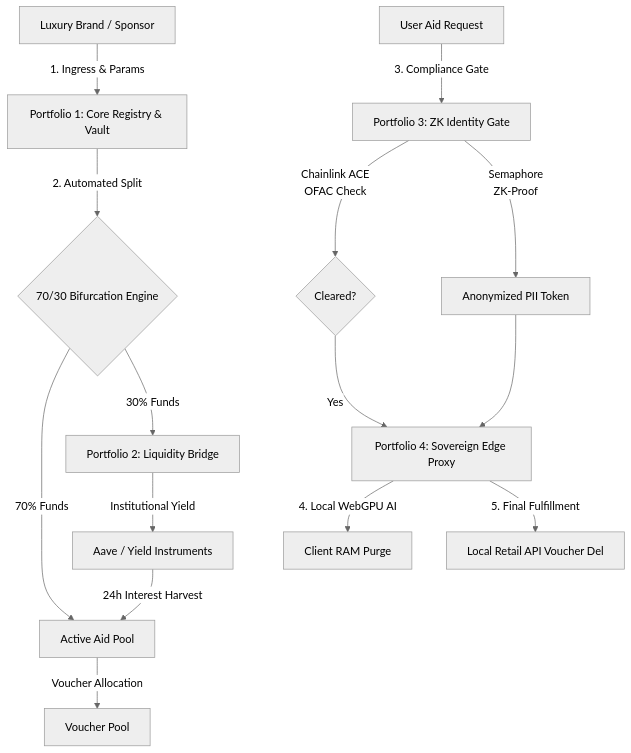
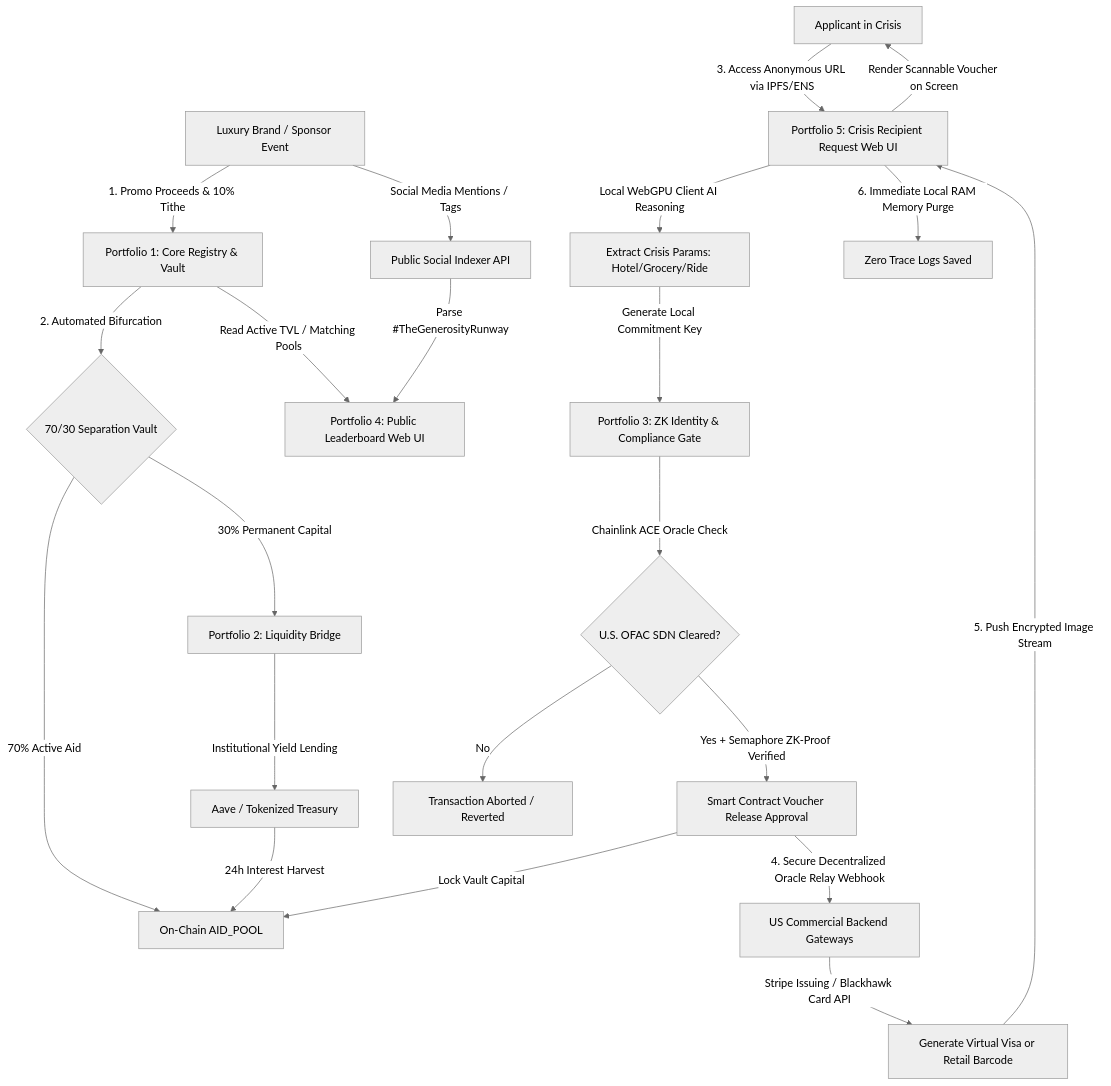
Before and after one commit to giddycodit/couture-gives-back-protocol: the diagram in README.md, drawn with Mermaid (neutral theme). The commit also changed other lines of this file, not shown here.

Commit message:
Change 'App' to 'dApp' in README
Updated terminology from 'App' to 'dApp' for clarity.

````diff
--- a/README.md
+++ b/README.md
@@ -35,20 +35,35 @@
 ```mermaid
 graph TD
- A[Luxury Brand / Sponsor] -->|1. Ingress & Params| B[Portfolio 1: Core Registry & Vault]
- B -->|2. Automated Split| C{70/30 Bifurcation Engine}
- C -->|70% Funds| D[Active Aid Pool]
- C -->|30% Funds| E[Portfolio 2: Liquidity Bridge]
- E -->|Institutional Yield| F[Aave / Yield Instruments]
- F -->|24h Interest Harvest| D
- D -->|Voucher Allocation| G[Voucher Pool]
+    %% SPONSOR INGRESS FLOW
+    A[Luxury Brand / Sponsor Event] -->|1. Promo Proceeds & 10% Tithe| B[Portfolio 1: Core Registry & Vault]
+    B -->|2. Automated Bifurcation| C{70/30 Separation Vault}
+    C -->|70% Active Aid| D[On-Chain AID_POOL]
+    C -->|30% Permanent Capital| E[Portfolio 2: Liquidity Bridge]
+    E -->|Institutional Yield Lending| F[Aave / Tokenized Treasury]
+    F -->|24h Interest Harvest| D
 
- H[User Aid Request] -->|3. Compliance Gate| I[Portfolio 3: ZK Identity Gate]
- I -->|Chainlink ACE<br/>OFAC Check| J{Cleared?}
- I -->|Semaphore<br/>ZK-Proof| K[Anonymized PII Token]
+    %% PUBLIC WEB UI FLOW
+    A -->|Social Media Mentions / Tags| G[Public Social Indexer API]
+    G -->|Parse #TheGenerosityRunway| H[Portfolio 4: Public Leaderboard Web UI]
+    B -->|Read Active TVL / Matching Pools| H
 
- J -->|Yes| L[Portfolio 4: Sovereign Edge Proxy]
- K --> L
-
- L -->|4. Local WebGPU AI| M[Client RAM Purge]
- L -->|5. Final Fulfillment| N[Local Retail API Voucher Del]
+    %% APPLICANT REQUEST FLOW (THE WEB PORTAL)
+    I[Applicant in Crisis] -->|3. Access Anonymous URL via IPFS/ENS| J[Portfolio 5: Crisis Recipient Request Web UI]
+    J -->|Local WebGPU Client AI Reasoning| K[Extract Crisis Params: Hotel/Grocery/Ride]
+    K -->|Generate Local Commitment Key| L[Portfolio 3: ZK Identity & Compliance Gate]
+    
+    %% BACKEND RESOLUTION & SECURITY SAFE HARBOR
+    L -->|Chainlink ACE Oracle Check| M{U.S. OFAC SDN Cleared?}
+    M -->|No| N[Transaction Aborted / Reverted]
+    M -->|Yes + Semaphore ZK-Proof Verified| O[Smart Contract Voucher Release Approval]
+    
+    %% FULFILLMENT & API EXECUTION
+    O -->|Lock Vault Capital| D
+    O -->|4. Secure Decentralized Oracle Relay Webhook| P[US Commercial Backend Gateways]
+    P -->|Stripe Issuing / Blackhawk Card API| Q[Generate Virtual Visa or Retail Barcode]
+    
+    %% SCREEN DELIVERY
+    Q -->|5. Push Encrypted Image Stream| J
+    J -->|Render Scannable Voucher on Screen| I
+    J -->|6. Immediate Local RAM Memory Purge| R[Zero Trace Logs Saved]
 ```
````
